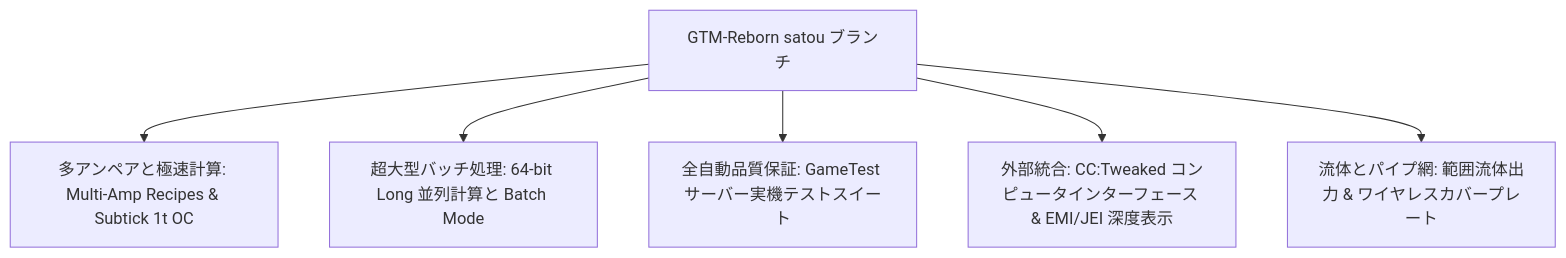
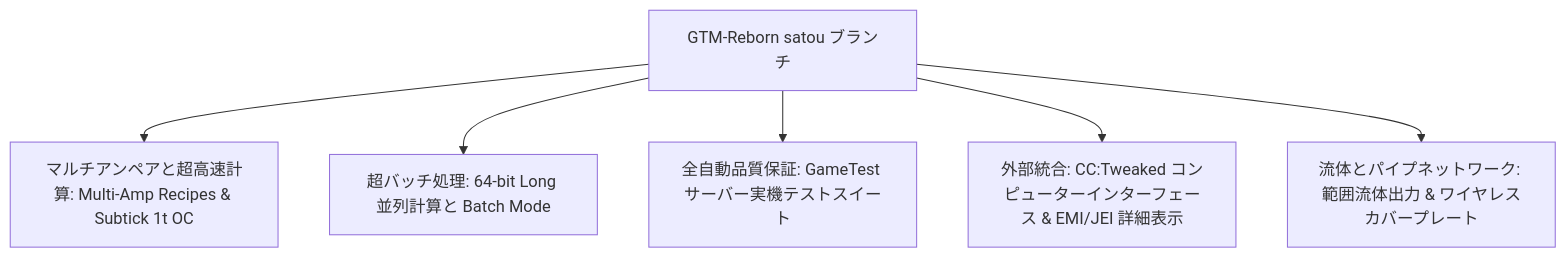
Before and after one commit to takanashisatou/GregtechEasy: the diagram in docs/ja/gtm-reborn/index.md, drawn with Mermaid. The commit also changed other lines of this file and 138 other files, not shown here.

````diff
--- a/docs/ja/gtm-reborn/index.md
+++ b/docs/ja/gtm-reborn/index.md
@@ -11,8 +11,8 @@
 ```mermaid
 graph TD
-    A[GTM-Reborn satou ブランチ] --> B[多アンペアと極速計算: Multi-Amp Recipes & Subtick 1t OC]
-    A --> C[超大型バッチ処理: 64-bit Long 並列計算と Batch Mode]
+    A[GTM-Reborn satou ブランチ] --> B[マルチアンペアと超高速計算: Multi-Amp Recipes & Subtick 1t OC]
+    A --> C[超バッチ処理: 64-bit Long 並列計算と Batch Mode]
     A --> D[全自動品質保証: GameTest サーバー実機テストスイート]
-    A --> E[外部統合: CC:Tweaked コンピュータインターフェース & EMI/JEI 深度表示]
-    A --> F[流体とパイプ網: 範囲流体出力 & ワイヤレスカバープレート]
+    A --> E[外部統合: CC:Tweaked コンピューターインターフェース & EMI/JEI 詳細表示]
+    A --> F[流体とパイプネットワーク: 範囲流体出力 & ワイヤレスカバープレート]
 ```
````
